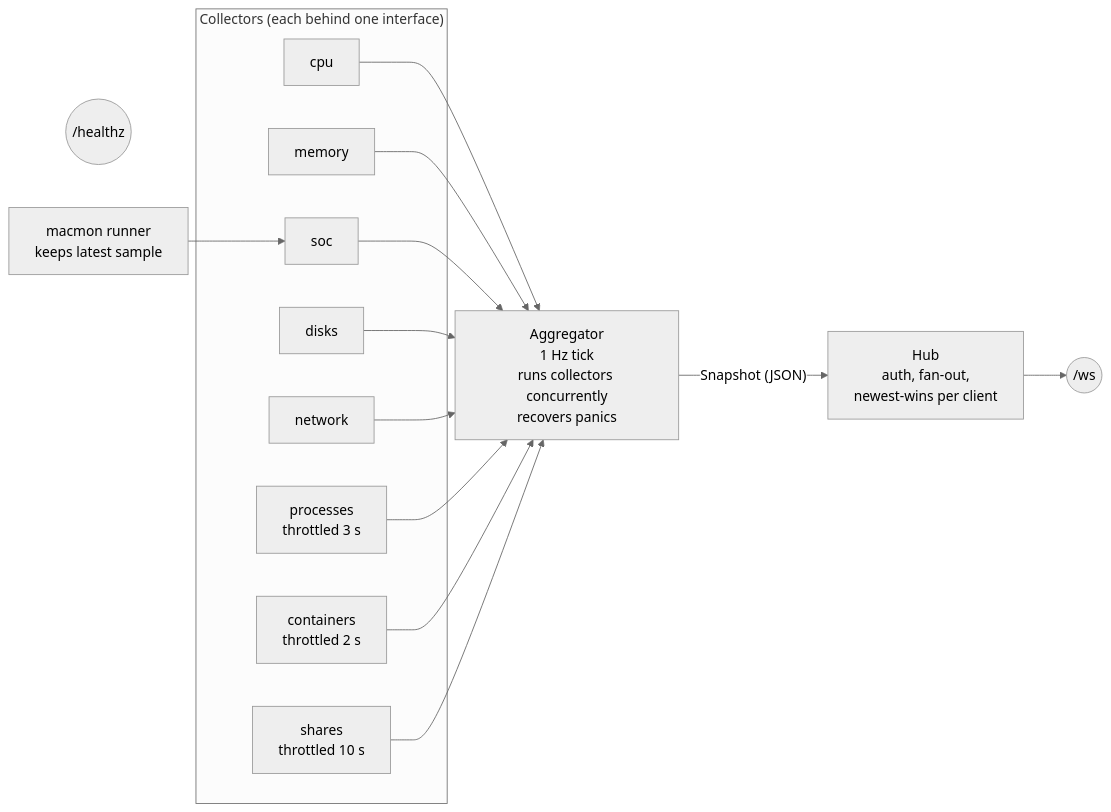
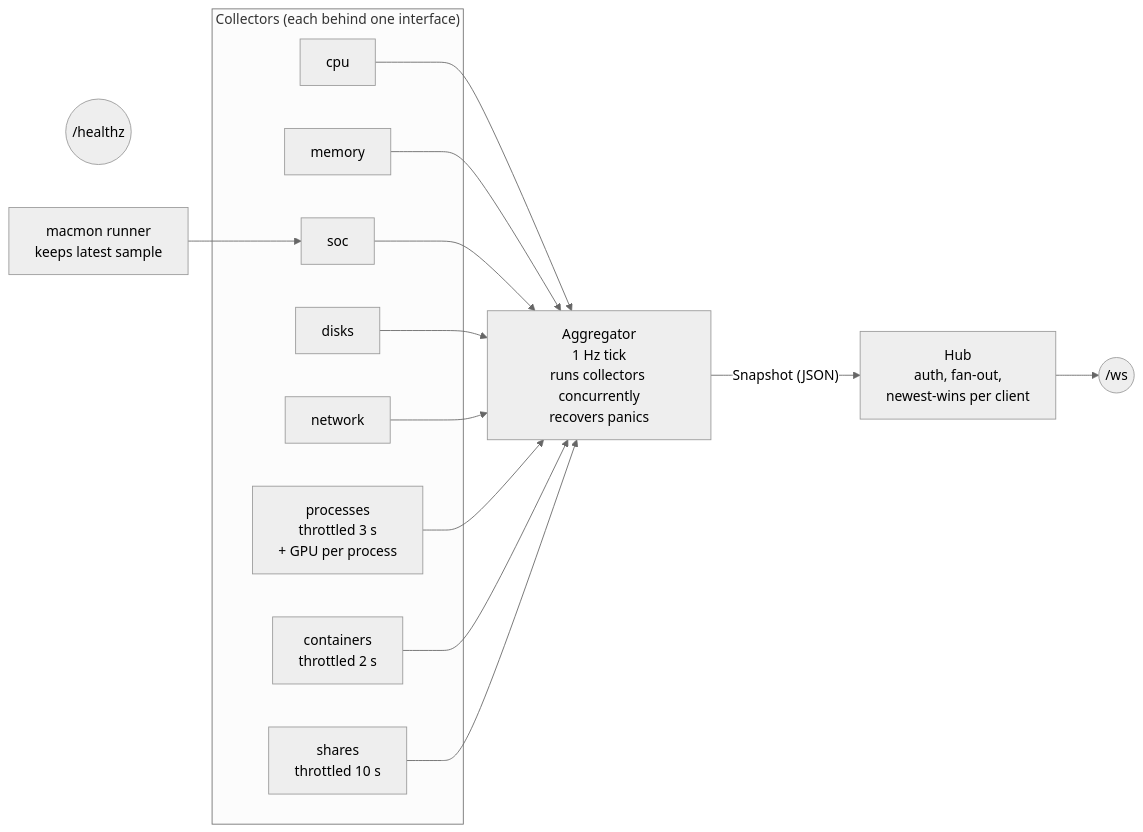
Before and after one commit to devdaviddr/minidash: the second of 7 diagrams in docs/architecture.md, drawn with Mermaid (neutral theme). The commit also changed other lines of this file and 1 other file, not shown here.

Commit message:
docs: record the live checks and list the owner's browser checks
deploy.md now records the 0.6.x deployments, the live HTTPS verification (AC-23, with ADR 0016's fix), and step-by-step checks for the accepted gaps that need the owner: dragging and resizing, card widths, the CPU reactor layout, and the GPU column against Activity Monitor. architecture.md names the per-process GPU source.

````diff
--- a/docs/architecture.md
+++ b/docs/architecture.md
@@ -37,22 +37,22 @@
 ```mermaid
 flowchart LR
   subgraph collectors["Collectors (each behind one interface)"]
     cpu["cpu"]
     mem["memory"]
     soc["soc"]
     disks["disks"]
     net["network"]
-    procs["processes<br/>throttled 3 s"]
+    procs["processes<br/>throttled 3 s<br/>+ GPU per process"]
     cont["containers<br/>throttled 2 s"]
     shares["shares<br/>throttled 10 s"]
   end
 
   agg["Aggregator<br/>1 Hz tick<br/>runs collectors concurrently<br/>recovers panics"]
   hub["Hub<br/>auth, fan-out,<br/>newest-wins per client"]
   ws(("/ws"))
   hz(("/healthz"))
 
   cpu & mem & soc & disks & net & procs & cont & shares --> agg
   agg -- "Snapshot (JSON)" --> hub --> ws
   mm["macmon runner<br/>keeps latest sample"] --> soc
 ```
````
